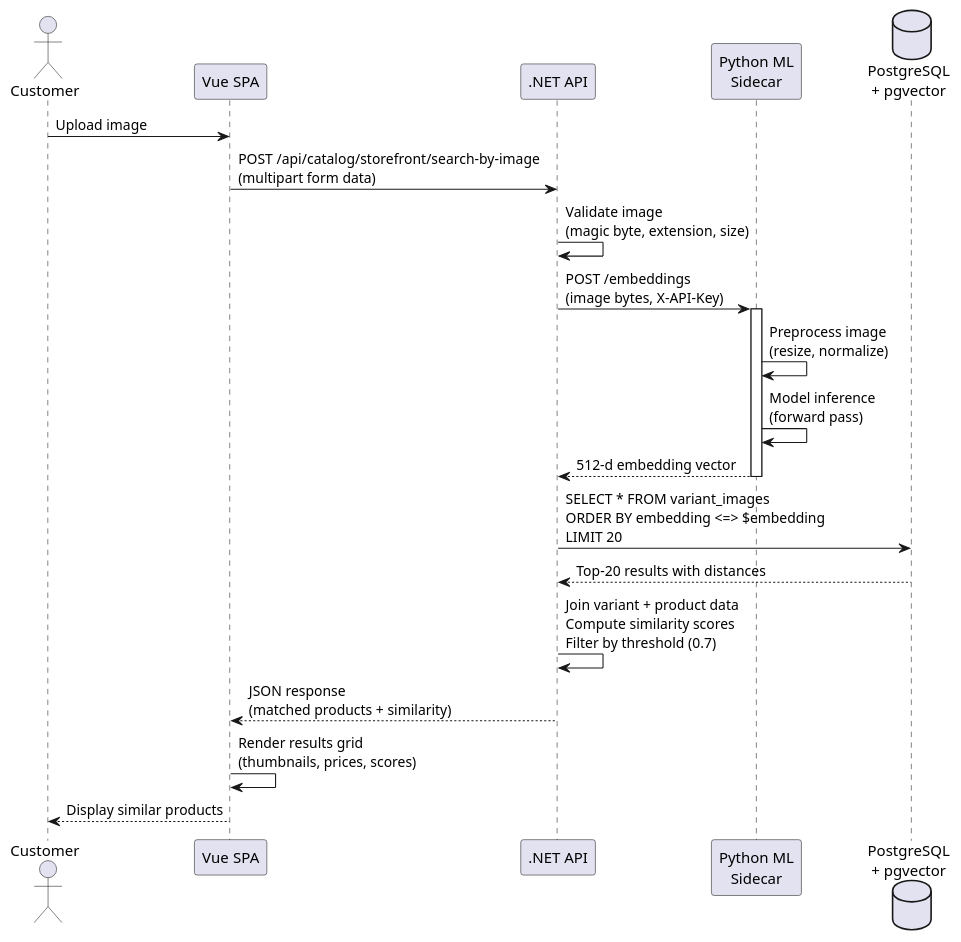
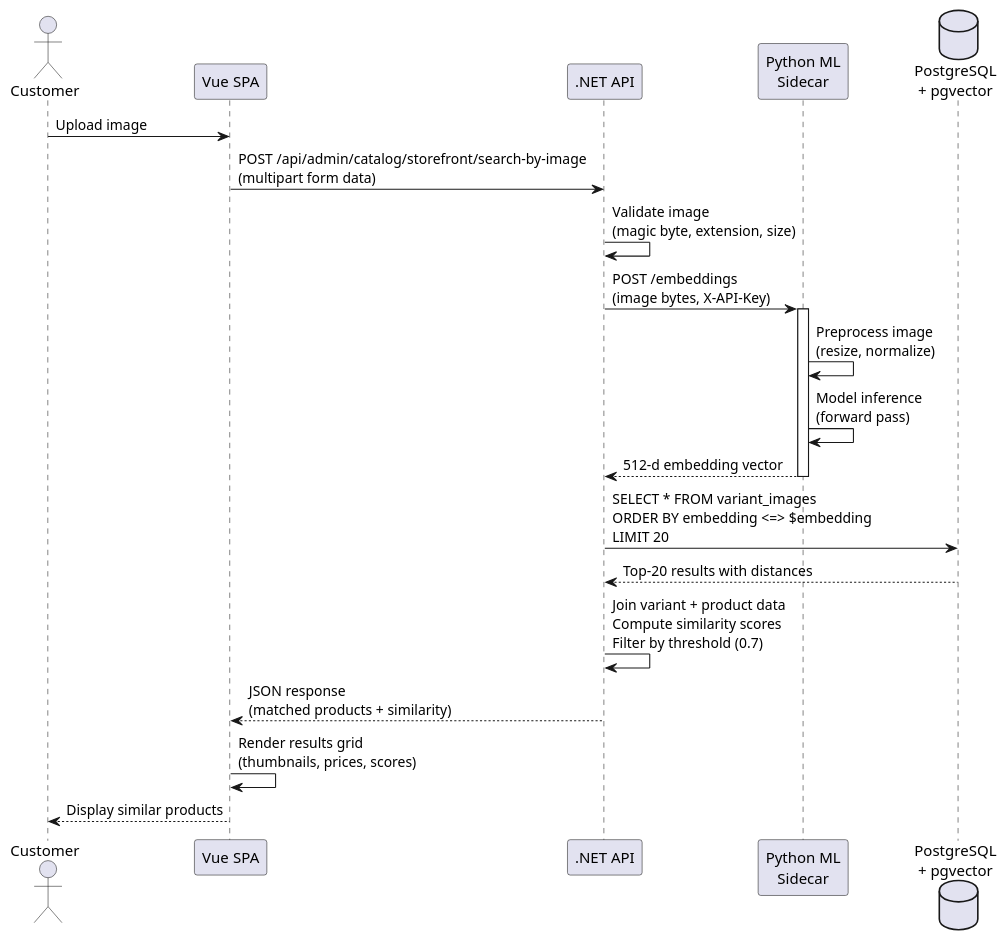
The diagram in thesis/figures/chapters/part2/ch2-design/04-implementations/diagrams/P2S2.2.4_cbir-search-sequence.puml (qingfa-dev/ReSys.Shop), drawn with PlantUML before and after one commit. The commit also changed 432 other files, not shown here.

```diff
--- a/thesis/figures/chapters/part2/ch2-design/04-implementations/diagrams/P2S2.2.4_cbir-search-sequence.puml
+++ b/thesis/figures/chapters/part2/ch2-design/04-implementations/diagrams/P2S2.2.4_cbir-search-sequence.puml
@@ -1,27 +1,27 @@
 @startuml cbir-search-sequence
 actor Customer
 participant "Vue SPA" as Vue
 participant ".NET API" as API
 participant "Python ML\nSidecar" as ML
 database "PostgreSQL\n+ pgvector" as DB
 
 Customer -> Vue: Upload image
-Vue -> API: POST /api/catalog/storefront/search-by-image\n(multipart form data)
+Vue -> API: POST /api/admin/catalog/storefront/search-by-image\n(multipart form data)
 API -> API: Validate image\n(magic byte, extension, size)
 
 API -> ML: POST /embeddings\n(image bytes, X-API-Key)
 activate ML
 ML -> ML: Preprocess image\n(resize, normalize)
 ML -> ML: Model inference\n(forward pass)
 ML --> API: 512-d embedding vector
 deactivate ML
 
 API -> DB: SELECT * FROM variant_images\nORDER BY embedding <=> $embedding\nLIMIT 20
 DB --> API: Top-20 results with distances
 
 API -> API: Join variant + product data\nCompute similarity scores\nFilter by threshold (0.7)
 
 API --> Vue: JSON response\n(matched products + similarity)
 Vue -> Vue: Render results grid\n(thumbnails, prices, scores)
 Vue --> Customer: Display similar products
 @enduml
```
